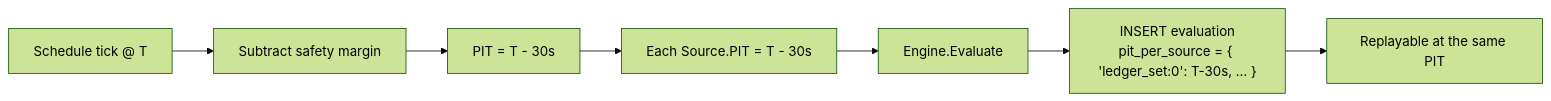
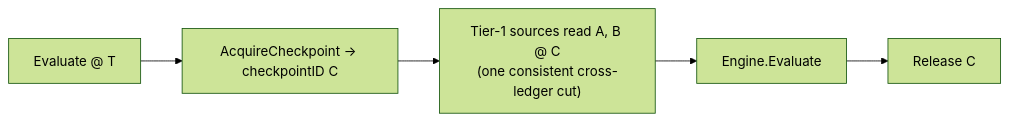
One commit to formancehq/reconciliation changed the seventh of 7 diagrams in docs/technical/workflows.md. Above: the diagram before and after it, drawn with Mermaid (forest theme). The commit also changed other lines of this file and 10 other files, not shown here.

````diff
--- a/docs/technical/workflows.md
+++ b/docs/technical/workflows.md
@@ -234,9 +212,7 @@
 ```mermaid
 flowchart LR
-    Tick[Schedule tick @ T] --> Sub[Subtract safety margin]
-    Sub --> PIT["PIT = T - 30s"]
-    PIT --> Sources["Each Source.PIT = T - 30s"]
-    Sources --> Eng[Engine.Evaluate]
-    Eng --> Persist["INSERT evaluation<br/>pit_per_source = { 'ledger_set:0': T-30s, … }"]
-    Persist --> Audit[Replayable at the same PIT]
+    Tick[Evaluate @ T] --> Acq[AcquireCheckpoint → checkpointID C]
+    Acq --> Read["Tier-1 sources read A, B @ C<br/>(one consistent cross-ledger cut)"]
+    Read --> Eval[Engine.Evaluate]
+    Eval --> Rel[Release C]
 ```
````
